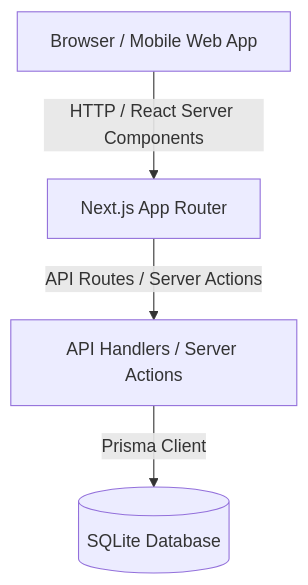
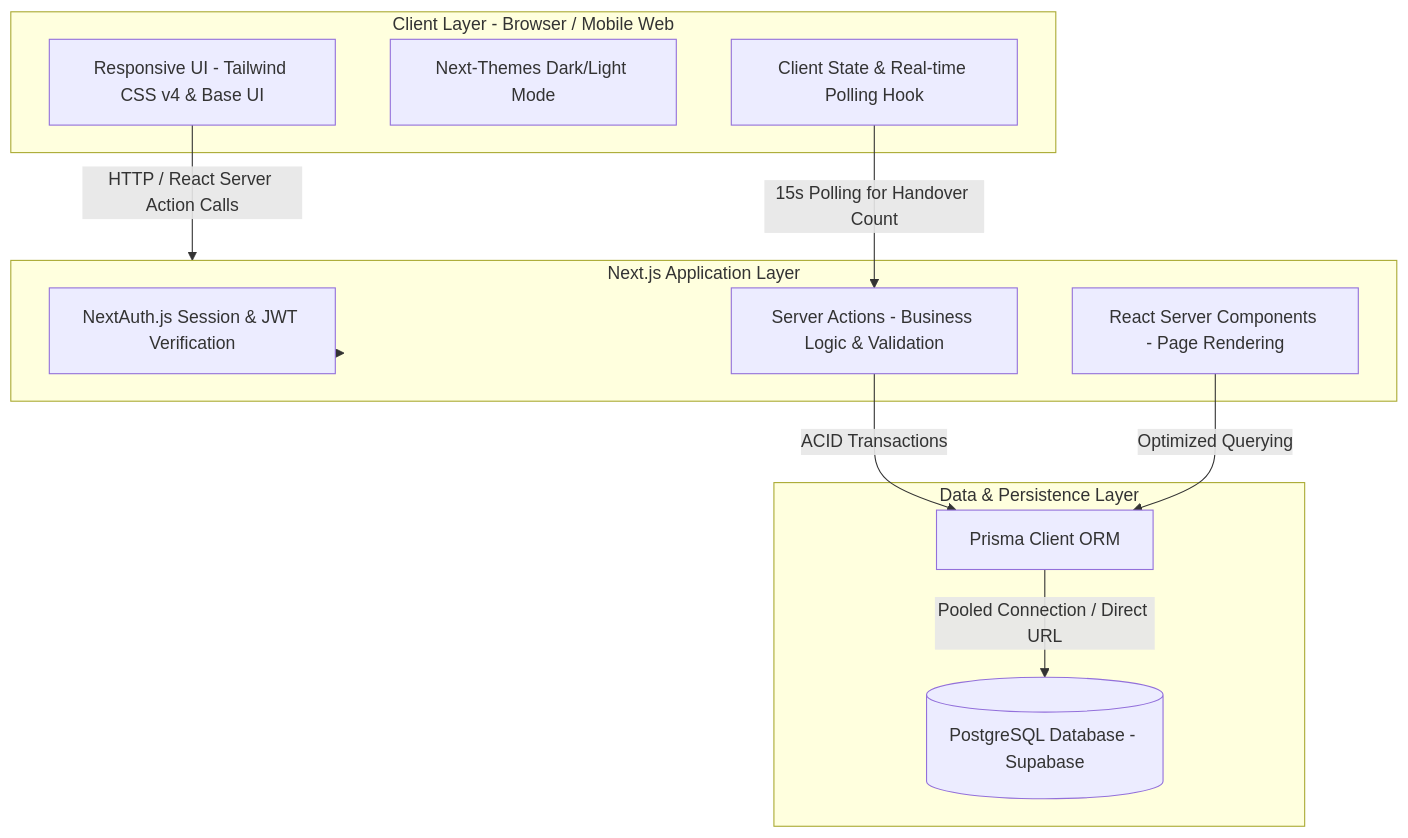
Before and after one commit to arainsyawala/linen-management: the first of 3 diagrams in ARCHITECTURE.md, drawn with Mermaid. The commit also changed other lines of this file and 5 other files, not shown here.

Commit message:
feat: add or re-new documentation of readme.md, PRD, and ARCHITECTURE

````diff
--- a/ARCHITECTURE.md
+++ b/ARCHITECTURE.md
@@ -10,6 +12,26 @@
 ```mermaid
 graph TD
-    Client[Browser / Mobile Web App] -->|HTTP / React Server Components| NextServer[Next.js App Router]
-    NextServer -->|API Routes / Server Actions| RouteHandlers[API Handlers / Server Actions]
-    RouteHandlers -->|Prisma Client| Database[(SQLite Database)]
+    subgraph ClientLayer [Client Layer - Browser / Mobile Web]
+        UI[Responsive UI - Tailwind CSS v4 & Base UI]
+        Theme[Next-Themes Dark/Light Mode]
+        State[Client State & Real-time Polling Hook]
+    end
+
+    subgraph NextServerLayer [Next.js Application Layer]
+        Auth[NextAuth.js Session & JWT Verification]
+        RSC[React Server Components - Page Rendering]
+        Actions[Server Actions - Business Logic & Validation]
+    end
+
+    subgraph DataLayer [Data & Persistence Layer]
+        Prisma[Prisma Client ORM]
+        DB[(PostgreSQL Database - Supabase)]
+    end
+
+    UI -->|HTTP / React Server Action Calls| NextServerLayer
+    State -->|15s Polling for Handover Count| Actions
+    NextServerLayer --> Auth
+    Actions -->|ACID Transactions| Prisma
+    RSC -->|Optimized Querying| Prisma
+    Prisma -->|Pooled Connection / Direct URL| DB
 ```
````
